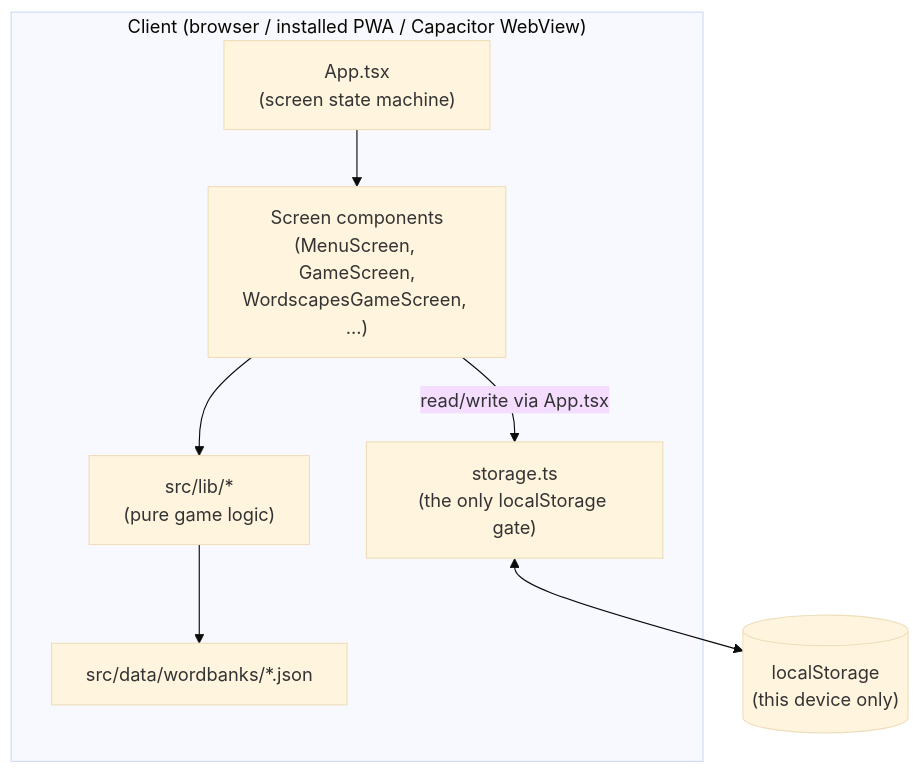
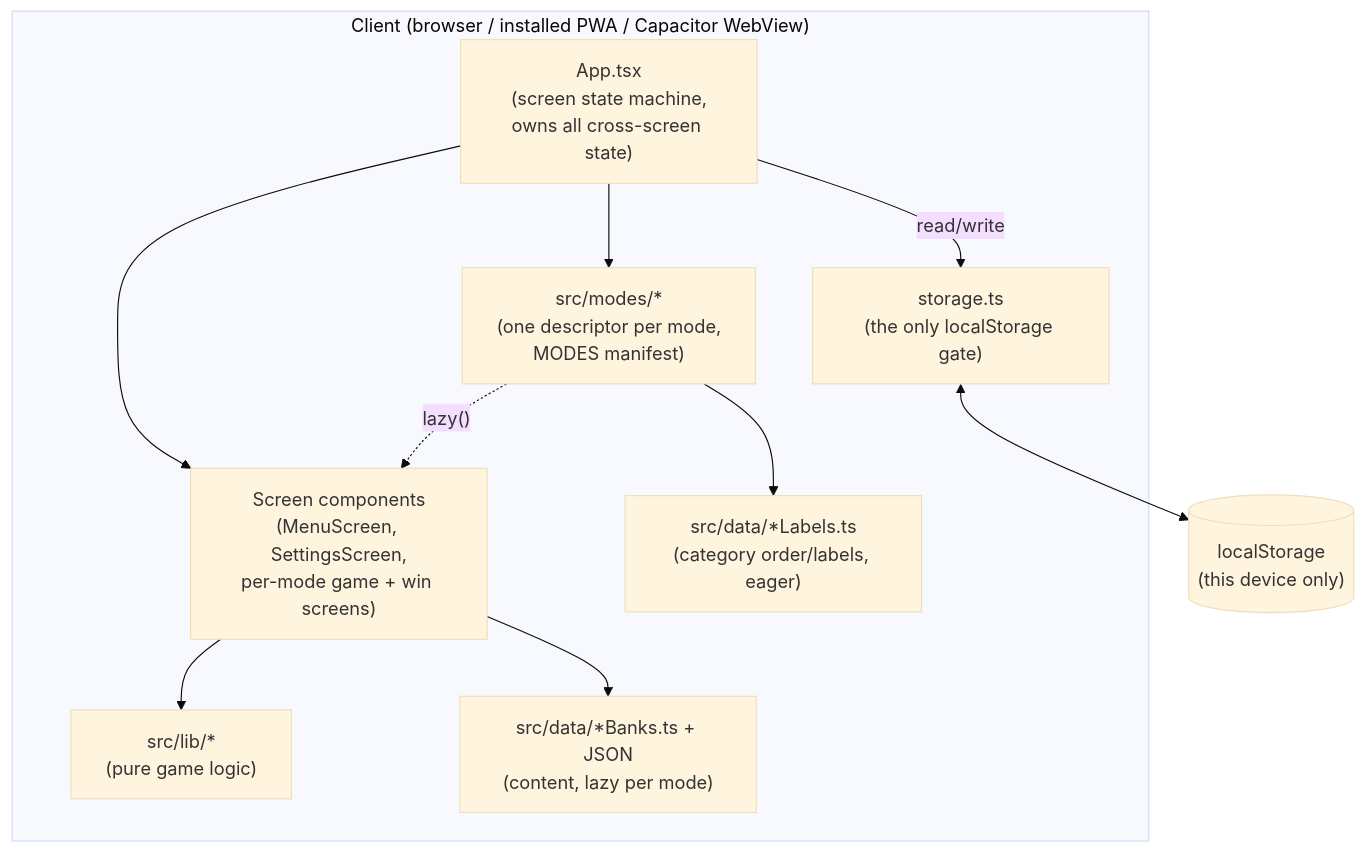
The first of 3 diagrams in docs/ARCHITECTURE.md (shreejitpanchal/wordventure-bingo), drawn with Mermaid (base theme) before and after one commit. The commit also changed other lines of this file and 44 other files, not shown here.

````diff
--- a/docs/ARCHITECTURE.md
+++ b/docs/ARCHITECTURE.md
@@ -12,16 +12,21 @@
 ```mermaid
 graph TD
     subgraph Client["Client (browser / installed PWA / Capacitor WebView)"]
-        App["App.tsx\n(screen state machine)"]
-        Screens["Screen components\n(MenuScreen, GameScreen,\nWordscapesGameScreen, ...)"]
+        App["App.tsx\n(screen state machine,\nowns all cross-screen state)"]
+        Modes["src/modes/*\n(one descriptor per mode,\nMODES manifest)"]
+        Screens["Screen components\n(MenuScreen, SettingsScreen,\nper-mode game + win screens)"]
         Lib["src/lib/*\n(pure game logic)"]
         Storage["storage.ts\n(the only localStorage gate)"]
-        WordBanks["src/data/wordbanks/*.json"]
+        Banks["src/data/*Banks.ts + JSON\n(content, lazy per mode)"]
+        Labels["src/data/*Labels.ts\n(category order/labels, eager)"]
     end
 
     Storage <--> LS[("localStorage\n(this device only)")]
+    App --> Modes
     App --> Screens
+    Modes -. lazy() .-> Screens
+    Modes --> Labels
     Screens --> Lib
-    Screens -- read/write via App.tsx --> Storage
-    Lib --> WordBanks
+    Screens --> Banks
+    App -- read/write --> Storage
 ```
````
